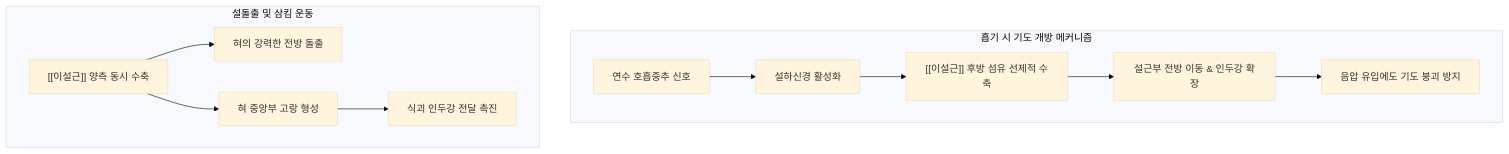
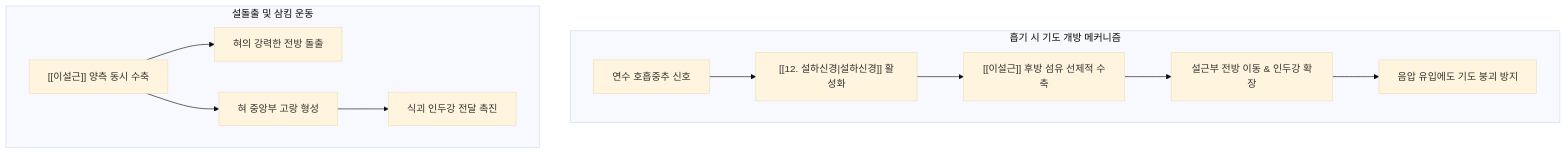
The second of 3 diagrams in content/1. 근골격계 공부/근육/(2) 경부/이설근.md (simbio11/simbio-digital-garden2), drawn with Mermaid (base theme) before and after one commit. The commit also changed other lines of this file and 150 other files, not shown here.

````diff
--- a/content/1. 근골격계 공부/근육/(2) 경부/이설근.md
+++ b/content/1. 근골격계 공부/근육/(2) 경부/이설근.md
@@ -64,14 +76,14 @@
 ```mermaid
 flowchart TD
     subgraph AirwayProtection [흡기 시 기도 개방 메커니즘]
-        A["연수 호흡중추 신호"] --> B["설하신경 활성화"]
+        A["연수 호흡중추 신호"] --> B["[[12. 설하신경|설하신경]] 활성화"]
         B --> C["[[이설근]] 후방 섬유 선제적 수축"]
         C --> D["설근부 전방 이동 & 인두강 확장"]
         D --> E["음압 유입에도 기도 붕괴 방지"]
     end
     subgraph TongueProtrusion [설돌출 및 삼킴 운동]
         F["[[이설근]] 양측 동시 수축"] --> G["혀의 강력한 전방 돌출"]
         F --> H["혀 중앙부 고랑 형성"]
         H --> I["식괴 인두강 전달 촉진"]
     end
 ```
````
